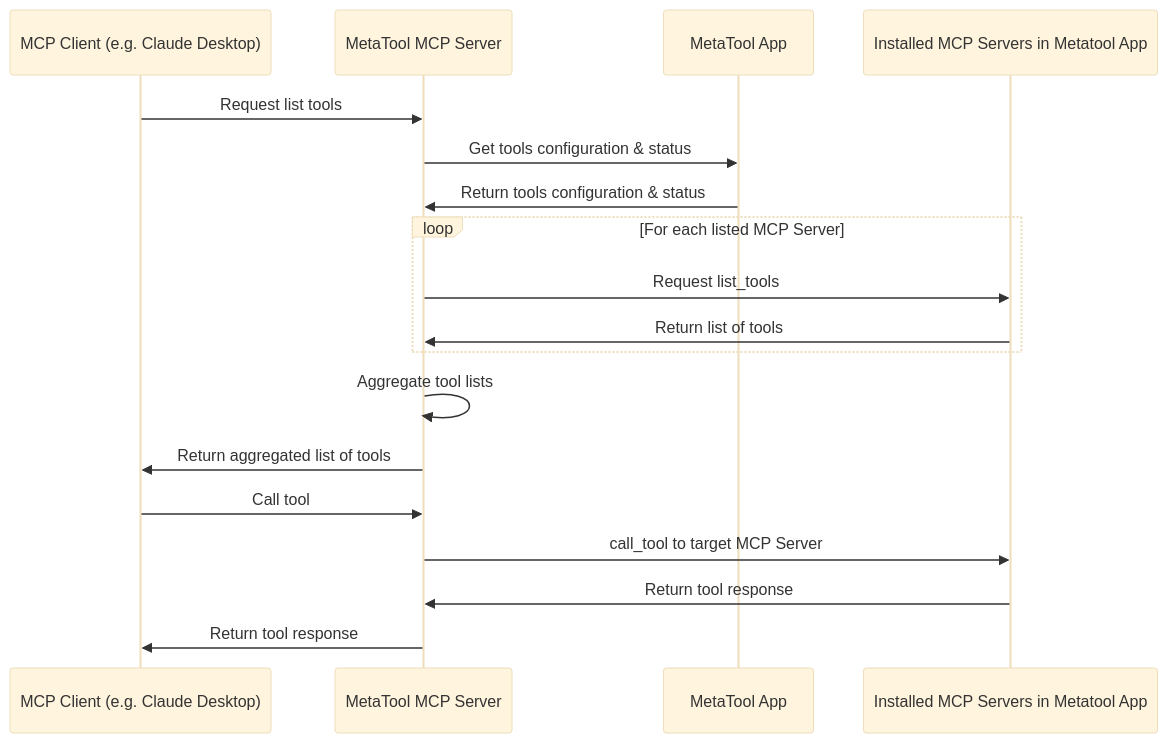
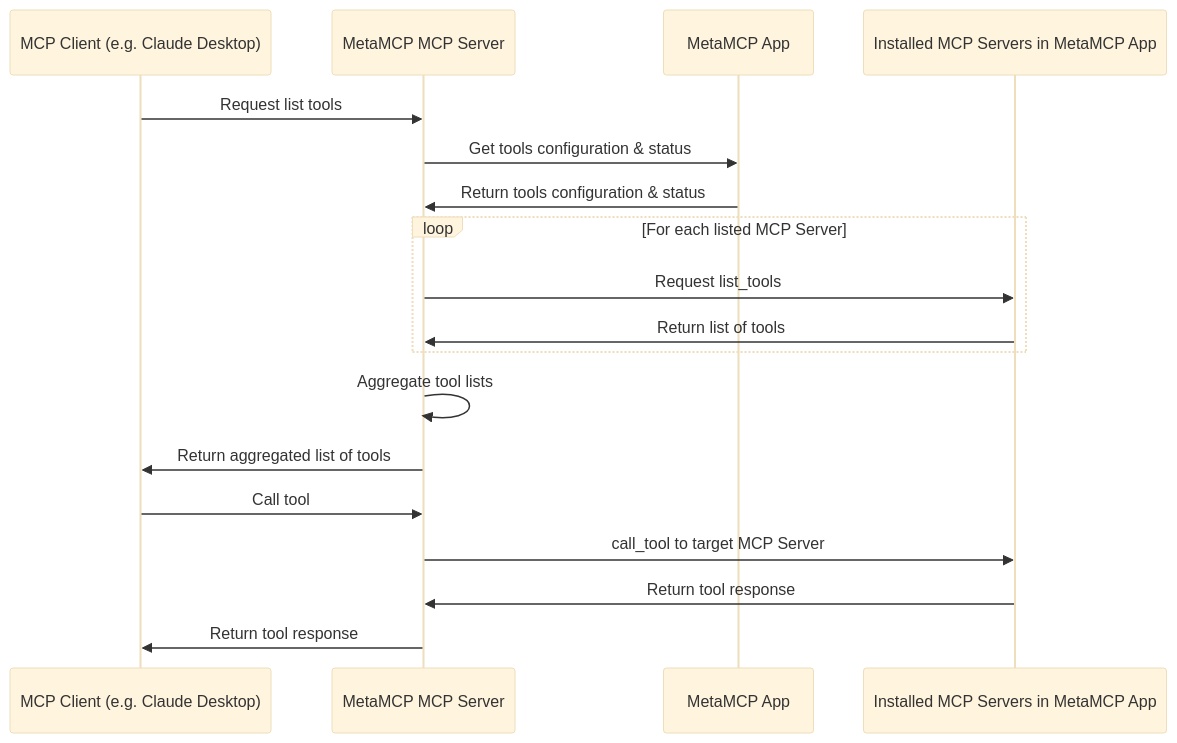
One commit to waldzellai/metatool-app changed the diagram in README.md. Above: the diagram before and after it, drawn with Mermaid (base theme). The commit also changed other lines of this file and 6 other files, not shown here.

````diff
--- a/README.md
+++ b/README.md
@@ -9,24 +9,24 @@
 ```mermaid
 sequenceDiagram
     participant MCPClient as MCP Client (e.g. Claude Desktop)
-    participant MetaToolMCP as MetaTool MCP Server
-    participant MetaToolApp as MetaTool App
-    participant MCPServers as Installed MCP Servers in Metatool App
+    participant MetaMCPMCP as MetaMCP MCP Server
+    participant MetaMCPApp as MetaMCP App
+    participant MCPServers as Installed MCP Servers in MetaMCP App
 
-    MCPClient ->> MetaToolMCP: Request list tools
-    MetaToolMCP ->> MetaToolApp: Get tools configuration & status
-    MetaToolApp ->> MetaToolMCP: Return tools configuration & status
+    MCPClient ->> MetaMCPMCP: Request list tools
+    MetaMCPMCP ->> MetaMCPApp: Get tools configuration & status
+    MetaMCPApp ->> MetaMCPMCP: Return tools configuration & status
 
     loop For each listed MCP Server
-        MetaToolMCP ->> MCPServers: Request list_tools
-        MCPServers ->> MetaToolMCP: Return list of tools
+        MetaMCPMCP ->> MCPServers: Request list_tools
+        MCPServers ->> MetaMCPMCP: Return list of tools
     end
 
-    MetaToolMCP ->> MetaToolMCP: Aggregate tool lists
-    MetaToolMCP ->> MCPClient: Return aggregated list of tools
+    MetaMCPMCP ->> MetaMCPMCP: Aggregate tool lists
+    MetaMCPMCP ->> MCPClient: Return aggregated list of tools
 
-    MCPClient ->> MetaToolMCP: Call tool
-    MetaToolMCP ->> MCPServers: call_tool to target MCP Server
-    MCPServers ->> MetaToolMCP: Return tool response
-    MetaToolMCP ->> MCPClient: Return tool response
+    MCPClient ->> MetaMCPMCP: Call tool
+    MetaMCPMCP ->> MCPServers: call_tool to target MCP Server
+    MCPServers ->> MetaMCPMCP: Return tool response
+    MetaMCPMCP ->> MCPClient: Return tool response
 ```
````
